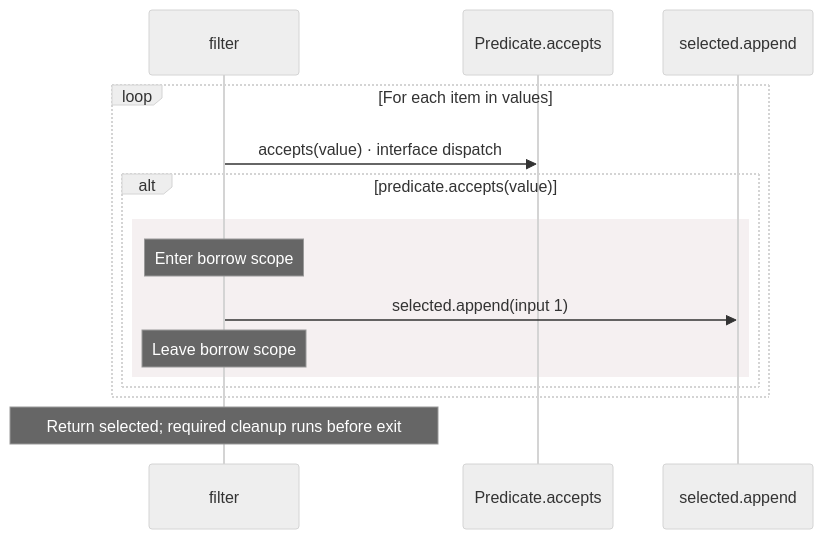
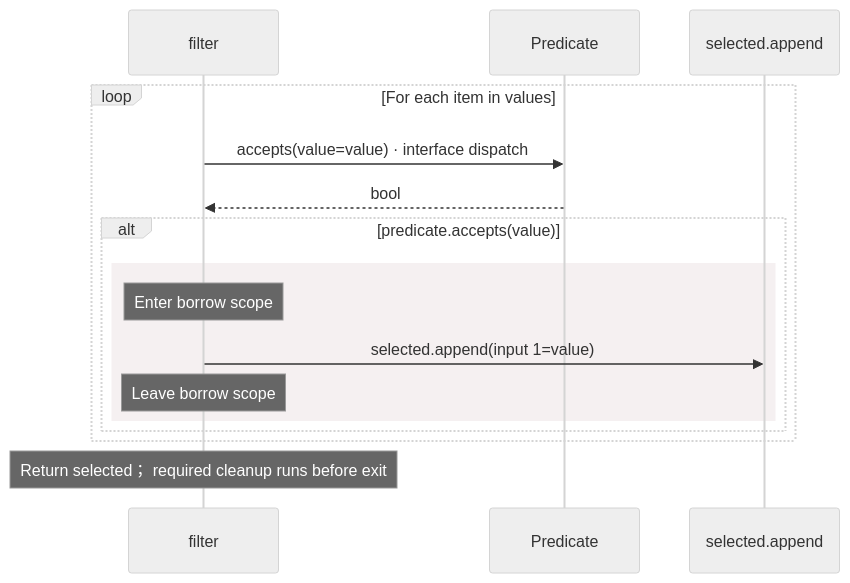
Before and after one commit to GreenPandaStudios/augscript: the third of 12 diagrams in src/stdlib/collections/operations.aug.diagrams.md, drawn with Mermaid (neutral theme). The commit also changed other lines of this file and 524 other files, not shown here.

Commit message:
Explain checked data flow at folder and service levels

````diff
--- a/src/stdlib/collections/operations.aug.diagrams.md
+++ b/src/stdlib/collections/operations.aug.diagrams.md
@@ -131,17 +112,18 @@
 ```mermaid
 sequenceDiagram
     participant p0 as filter
-    participant p1 as Predicate.accepts
+    participant p1 as Predicate
     participant p2 as selected.append
     loop For each item in values
-    p0->>p1: accepts(value) · interface dispatch
+    p0->>p1: accepts(value=value) · interface dispatch
+    p1-->>p0: bool
     alt predicate.accepts(value)
     rect rgb(245, 240, 241)
     Note over p0: Enter borrow scope
-    p0->>p2: selected.append(input 1)
+    p0->>p2: selected.append(input 1=value)
     Note over p0: Leave borrow scope
     end
     end
     end
-    Note over p0: Return selected#59; required cleanup runs before exit
+    Note over p0: Return selected； required cleanup runs before exit
 ```
````
